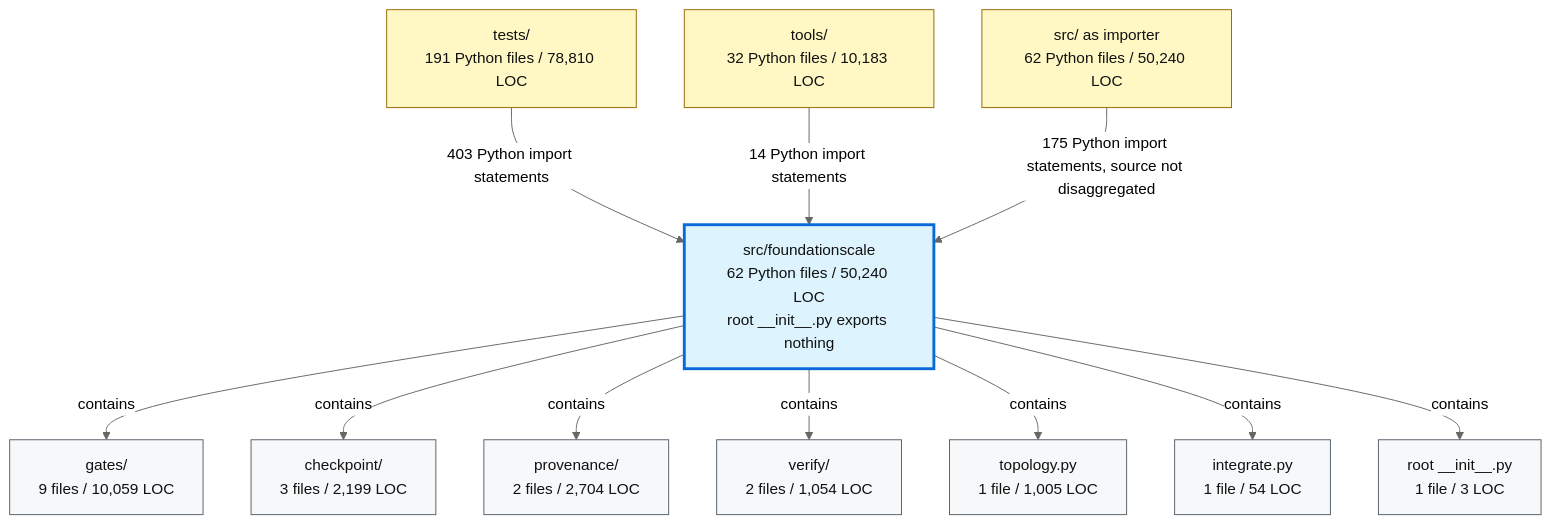
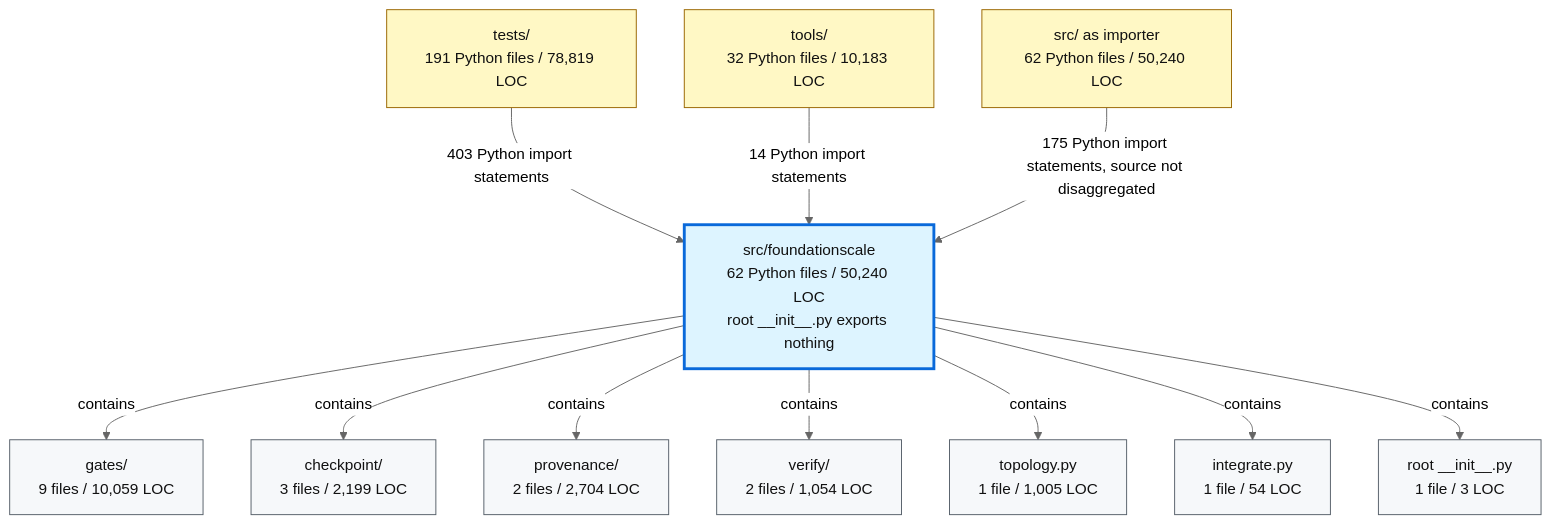
The second of 2 diagrams in docs/review/D2_current_architecture.md (TranNhiem/FoundationScale), drawn with Mermaid (neutral theme) before and after one commit. The commit also changed 8 other files, not shown here.

````diff
--- a/docs/review/D2_current_architecture.md
+++ b/docs/review/D2_current_architecture.md
@@ -97,36 +97,36 @@
 ```mermaid
 flowchart TB
-  TESTS["tests/<br/>191 Python files / 78,810 LOC"]
+  TESTS["tests/<br/>191 Python files / 78,819 LOC"]
   TOOLS["tools/<br/>32 Python files / 10,183 LOC"]
   SRC["src/ as importer<br/>62 Python files / 50,240 LOC"]
 
   FS["src/foundationscale<br/>62 Python files / 50,240 LOC<br/>root __init__.py exports nothing"]
 
   GATES["gates/<br/>9 files / 10,059 LOC"]
   CKPT["checkpoint/<br/>3 files / 2,199 LOC"]
   PROV["provenance/<br/>2 files / 2,704 LOC"]
   VERIFY["verify/<br/>2 files / 1,054 LOC"]
   TOPO["topology.py<br/>1 file / 1,005 LOC"]
   INTEG["integrate.py<br/>1 file / 54 LOC"]
   ROOT["root __init__.py<br/>1 file / 3 LOC"]
 
   TESTS -->|"403 Python import statements"| FS
   TOOLS -->|"14 Python import statements"| FS
   SRC -->|"175 Python import statements, source not disaggregated"| FS
 
   FS -->|"contains"| GATES
   FS -->|"contains"| CKPT
   FS -->|"contains"| PROV
   FS -->|"contains"| VERIFY
   FS -->|"contains"| TOPO
   FS -->|"contains"| INTEG
   FS -->|"contains"| ROOT
 
   classDef consumer fill:#fff8c5,stroke:#9a6700,color:#111;
   classDef package fill:#ddf4ff,stroke:#0969da,stroke-width:3px,color:#111;
   classDef module fill:#f6f8fa,stroke:#57606a,color:#111;
 
   class TESTS,TOOLS,SRC consumer;
   class FS package;
   class GATES,CKPT,PROV,VERIFY,TOPO,INTEG,ROOT module;
 ```
````
